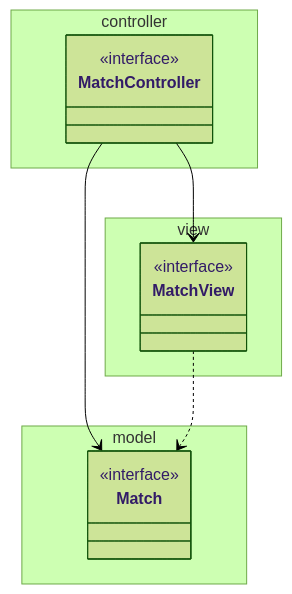
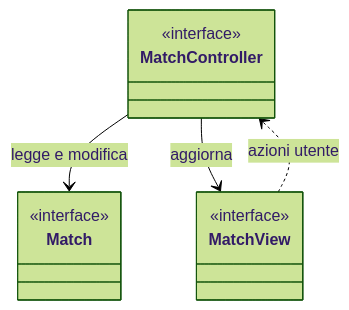
Before and after one commit to Nick-2002b/PSS25-Gioco-Oca: the second of 6 diagrams in report.md, drawn with Mermaid (forest theme). The commit also changed other lines of this file, not shown here.

````diff
--- a/report.md
+++ b/report.md
@@ -94,25 +91,16 @@
 ```mermaid
 classDiagram
-
-namespace model {
-    class Match{
+    class Match {
         <<interface>>
     }
-}
-
-namespace view {
-    class MatchView{
+    class MatchController {
         <<interface>>
     }
-}
-
-namespace controller {
-    class MatchController{
+    class MatchView {
         <<interface>>
     }
-}
 
-MatchController --> Match
-MatchController --> MatchView
-MatchView ..> Match
+    MatchController --> Match : legge e modifica
+    MatchController --> MatchView : aggiorna
+    MatchView ..> MatchController : azioni utente
 ```
````
